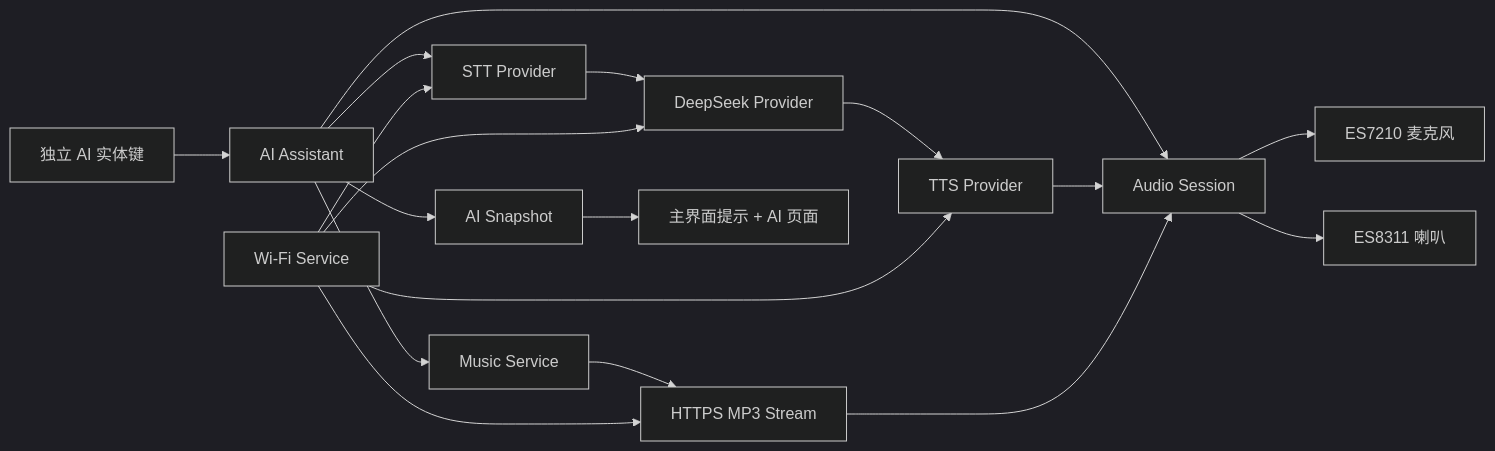
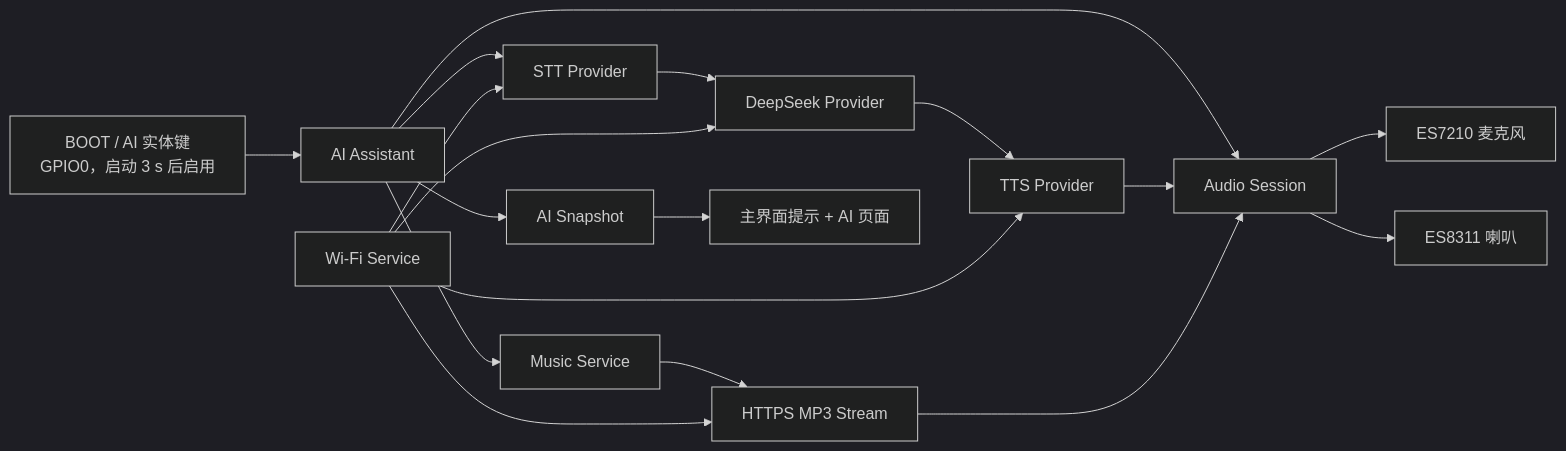
Before and after one commit to Yangth1993/BikeMB: the second of 2 diagrams in docs/architecture/overview.md, drawn with Mermaid (dark theme). The commit also changed other lines of this file and 11 other files, not shown here.

````diff
--- a/docs/architecture/overview.md
+++ b/docs/architecture/overview.md
@@ -55,20 +55,20 @@
 ```mermaid
 flowchart LR
-  Button["独立 AI 实体键"] --> Assistant["AI Assistant"]
+  Button["BOOT / AI 实体键<br/>GPIO0，启动 3 s 后启用"] --> Assistant["AI Assistant"]
   Assistant --> Session["Audio Session"]
   Session --> Mic["ES7210 麦克风"]
   Session --> Speaker["ES8311 喇叭"]
   Assistant --> Stt["STT Provider"]
   Stt --> Llm["DeepSeek Provider"]
   Llm --> Tts["TTS Provider"]
   Tts --> Session
   Assistant --> Music["Music Service"]
   Music --> Stream["HTTPS MP3 Stream"]
   Stream --> Session
   Wifi["Wi-Fi Service"] --> Stt
   Wifi --> Llm
   Wifi --> Tts
   Wifi --> Stream
   Assistant --> Snapshot["AI Snapshot"]
   Snapshot --> Ui["主界面提示 + AI 页面"]
 ```
````
